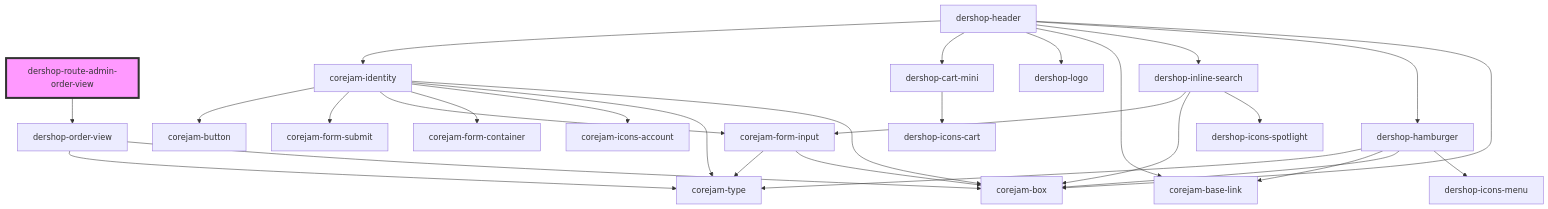
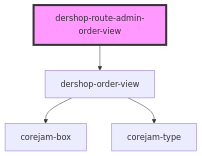
The diagram in packages/plugins/dershop/app/routes/admin/order/view/readme.md (corejam/corejam), drawn with Mermaid before and after one commit. The commit also changed 18 other files, not shown here.

````diff
--- a/packages/plugins/dershop/app/routes/admin/order/view/readme.md
+++ b/packages/plugins/dershop/app/routes/admin/order/view/readme.md
@@ -22,31 +22,7 @@
 ```mermaid
 graph TD;
   dershop-route-admin-order-view --> dershop-order-view
-  dershop-header --> corejam-box
-  dershop-header --> dershop-hamburger
-  dershop-header --> dershop-inline-search
-  dershop-header --> corejam-base-link
-  dershop-header --> dershop-logo
-  dershop-header --> dershop-cart-mini
-  dershop-header --> corejam-identity
-  dershop-hamburger --> dershop-icons-menu
-  dershop-hamburger --> corejam-box
-  dershop-hamburger --> corejam-base-link
-  dershop-hamburger --> corejam-type
-  dershop-inline-search --> dershop-icons-spotlight
-  dershop-inline-search --> corejam-box
-  dershop-inline-search --> corejam-form-input
-  corejam-form-input --> corejam-box
-  corejam-form-input --> corejam-type
-  dershop-cart-mini --> dershop-icons-cart
-  corejam-identity --> corejam-box
-  corejam-identity --> corejam-type
-  corejam-identity --> corejam-icons-account
-  corejam-identity --> corejam-form-container
-  corejam-identity --> corejam-form-input
-  corejam-identity --> corejam-form-submit
-  corejam-identity --> corejam-button
   dershop-order-view --> corejam-box
   dershop-order-view --> corejam-type
   style dershop-route-admin-order-view fill:#f9f,stroke:#333,stroke-width:4px
 ```
````
